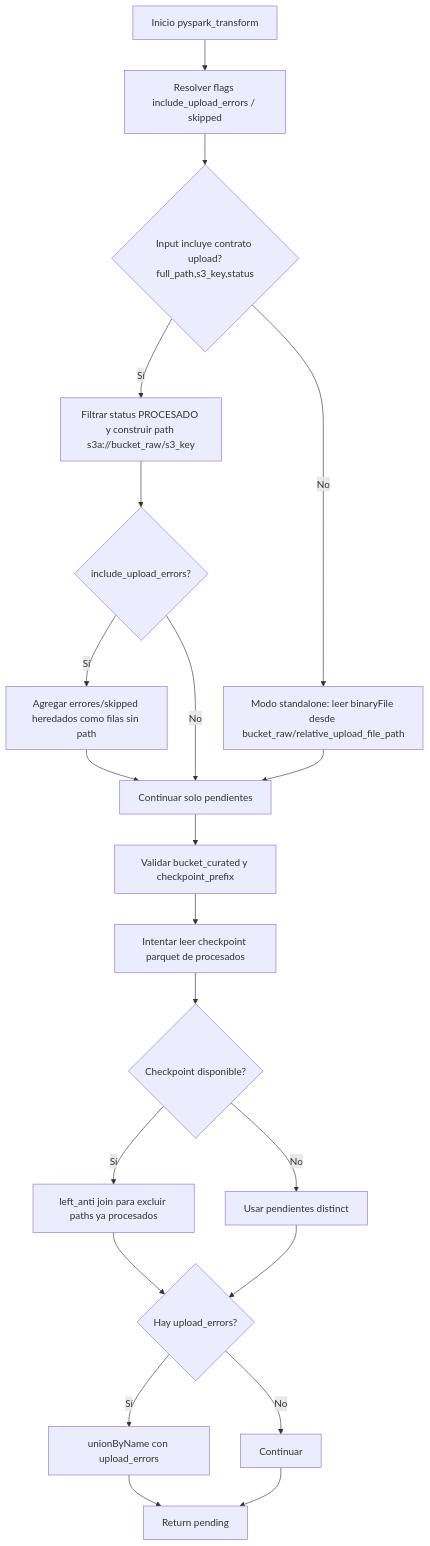
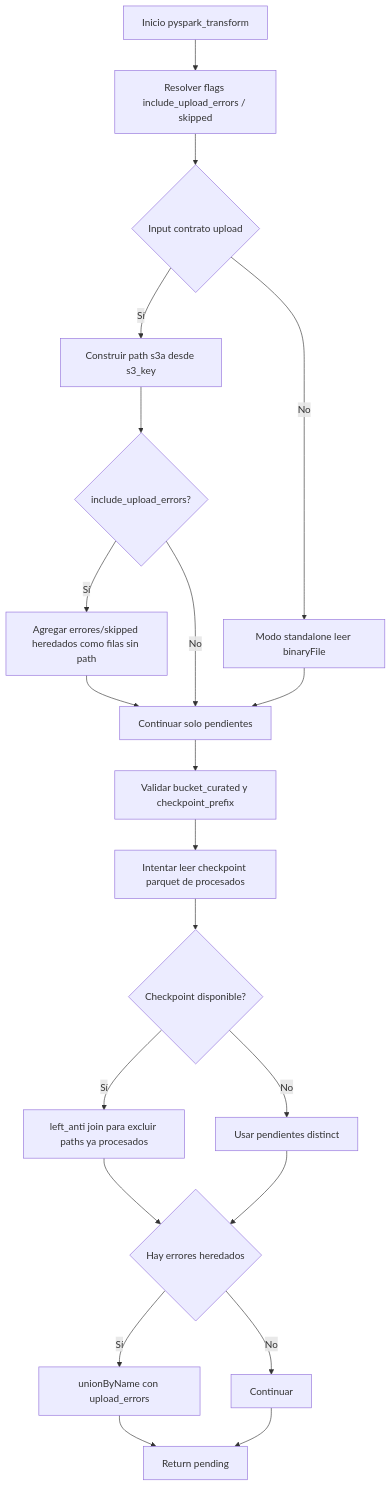
Before and after one commit to shperez23/airflow_bp: the second of 4 diagrams in DIAGRAMAS_FLUJO.md, drawn with Mermaid. The commit also changed other lines of this file, not shown here.

Commit message:
docs: corregir sintaxis mermaid en diagramas

````diff
--- a/DIAGRAMAS_FLUJO.md
+++ b/DIAGRAMAS_FLUJO.md
@@ -44,23 +44,23 @@
 ```mermaid
 flowchart TD
     A[Inicio pyspark_transform] --> B[Resolver flags include_upload_errors / skipped]
-    B --> C{Input incluye contrato upload?\nfull_path,s3_key,status}
-    C -- Sí --> D[Filtrar status PROCESADO y construir path s3a://bucket_raw/s3_key]
+    B --> C{Input contrato upload}
+    C -- Sí --> D[Construir path s3a desde s3_key]
     D --> E{include_upload_errors?}
     E -- Sí --> F[Agregar errores/skipped heredados como filas sin path]
     E -- No --> G[Continuar solo pendientes]
-    C -- No --> H[Modo standalone: leer binaryFile desde bucket_raw/relative_upload_file_path]
+    C -- No --> H[Modo standalone leer binaryFile]
     H --> G
     F --> G
     G --> I[Validar bucket_curated y checkpoint_prefix]
     I --> J[Intentar leer checkpoint parquet de procesados]
     J --> K{Checkpoint disponible?}
     K -- Sí --> L[left_anti join para excluir paths ya procesados]
     K -- No --> M[Usar pendientes distinct]
-    L --> N{Hay upload_errors?}
+    L --> N{Hay errores heredados}
     M --> N
     N -- Sí --> O[unionByName con upload_errors]
     N -- No --> P[Continuar]
     O --> Q[Return pending]
     P --> Q
 ```
````
